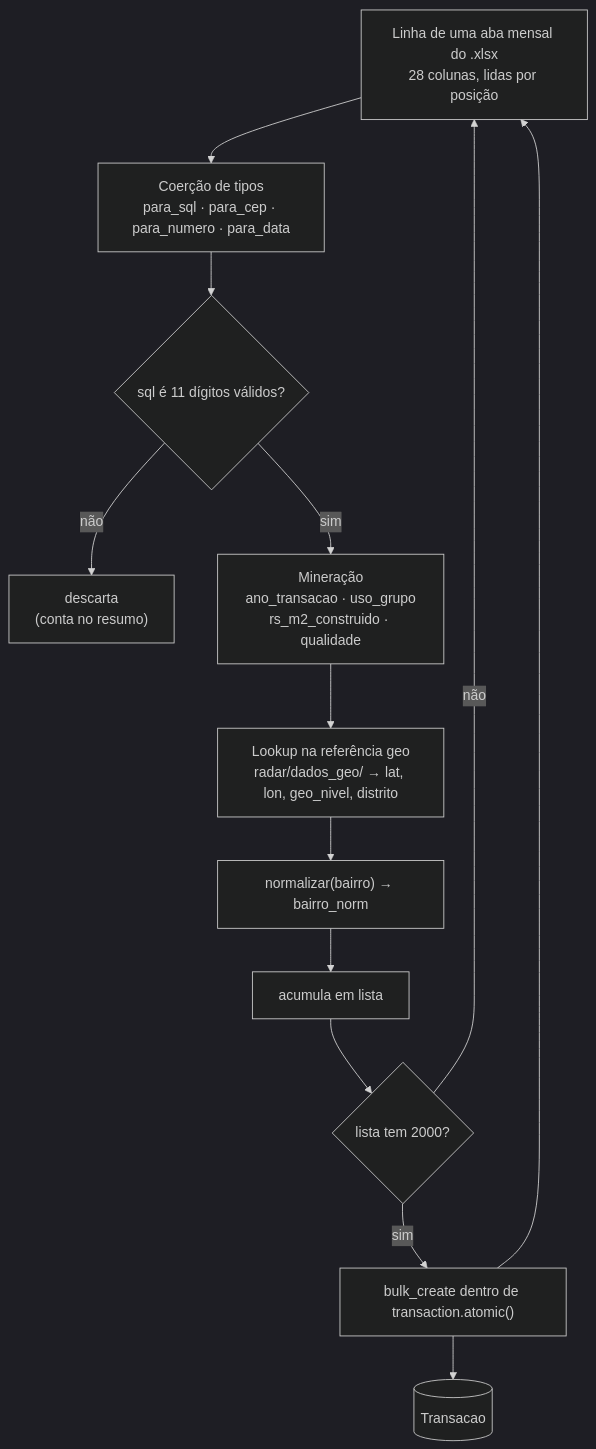
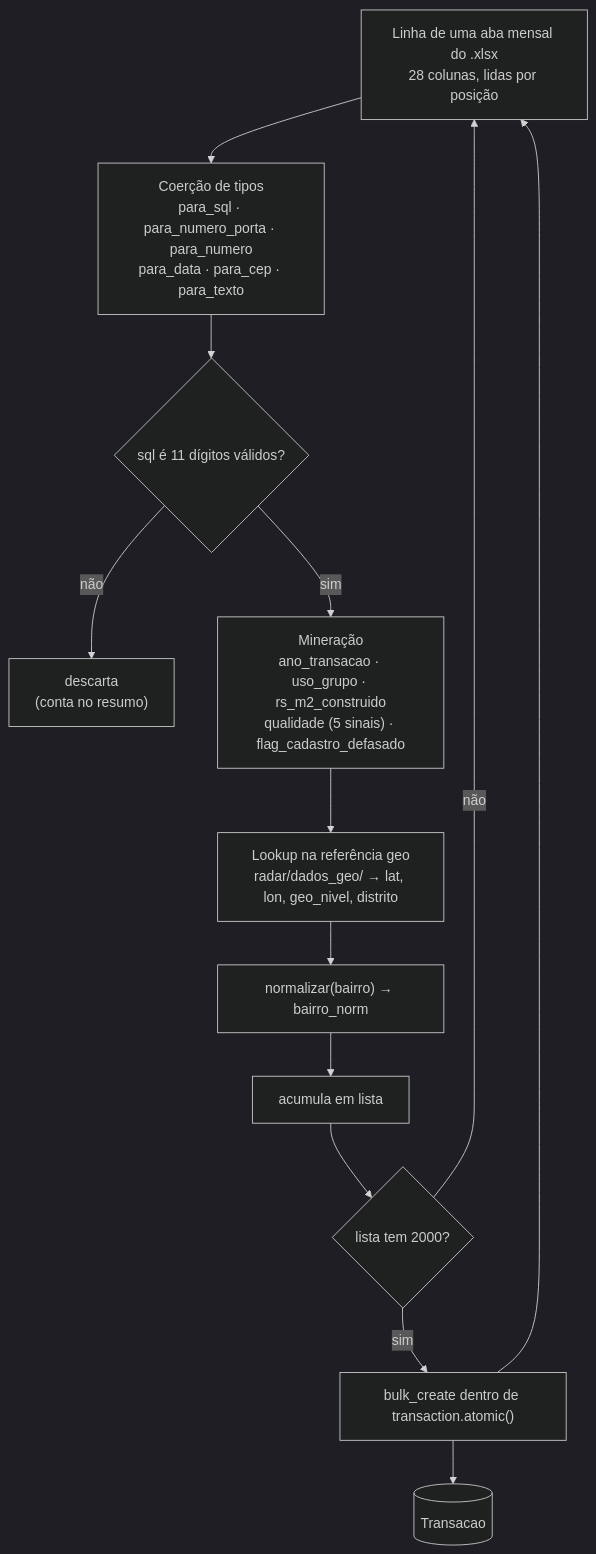
The second of 6 diagrams in docs/modelo-transacao.md (patrick-univesp/projeto-integrador-2-radarmoradiasp), drawn with Mermaid (dark theme) before and after one commit. The commit also changed other lines of this file and 14 other files, not shown here.

````diff
--- a/docs/modelo-transacao.md
+++ b/docs/modelo-transacao.md
@@ -124,15 +131,15 @@
 ```mermaid
 flowchart TD
-    A["Linha de uma aba mensal do .xlsx<br/>28 colunas, lidas por posição"] --> B["Coerção de tipos<br/>para_sql · para_cep · para_numero · para_data"]
+    A["Linha de uma aba mensal do .xlsx<br/>28 colunas, lidas por posição"] --> B["Coerção de tipos<br/>para_sql · para_numero_porta · para_numero<br/>para_data · para_cep · para_texto"]
     B --> C{"sql é 11 dígitos válidos?"}
     C -- não --> X["descarta<br/>(conta no resumo)"]
-    C -- sim --> D["Mineração<br/>ano_transacao · uso_grupo<br/>rs_m2_construido · qualidade"]
+    C -- sim --> D["Mineração<br/>ano_transacao · uso_grupo · rs_m2_construido<br/>qualidade (5 sinais) · flag_cadastro_defasado"]
     D --> E["Lookup na referência geo<br/>radar/dados_geo/ → lat, lon, geo_nivel, distrito"]
     E --> F["normalizar(bairro) → bairro_norm"]
     F --> G["acumula em lista"]
     G --> H{"lista tem 2000?"}
     H -- não --> A
     H -- sim --> I["bulk_create dentro de transaction.atomic()"]
     I --> J[("Transacao")]
     I --> A
 ```
````
